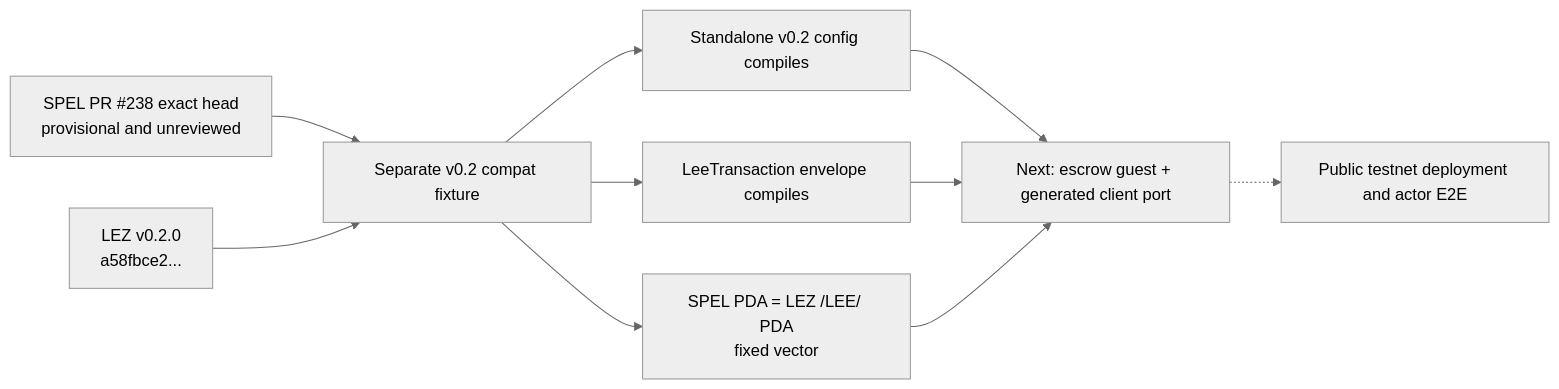
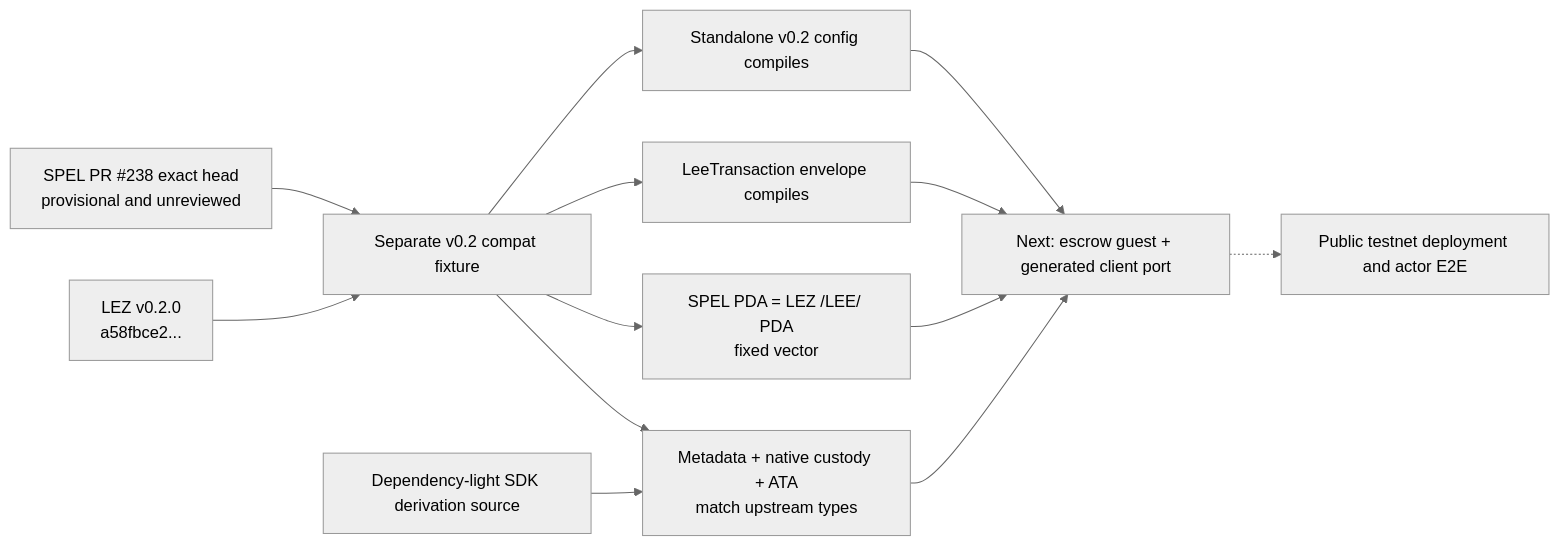
Before and after one commit to gateway-fm/lez-atomic-swaps: the diagram in compat/lez-v0.2-provisional/README.md, drawn with Mermaid (neutral theme). The commit also changed other lines of this file and 20 other files, not shown here.

````diff
--- a/compat/lez-v0.2-provisional/README.md
+++ b/compat/lez-v0.2-provisional/README.md
@@ -18,12 +18,15 @@
 ```mermaid
 flowchart LR
     PR["SPEL PR #238 exact head<br/>provisional and unreviewed"] --> Fixture["Separate v0.2 compat fixture"]
     LEZ["LEZ v0.2.0<br/>a58fbce2..."] --> Fixture
     Fixture --> Config["Standalone v0.2 config compiles"]
     Fixture --> Tx["LeeTransaction envelope compiles"]
     Fixture --> PDA["SPEL PDA = LEZ /LEE/ PDA<br/>fixed vector"]
+    SDK["Dependency-light SDK derivation source"] --> Cross["Metadata + native custody + ATA<br/>match upstream types"]
+    Fixture --> Cross
     Config --> Next["Next: escrow guest + generated client port"]
     Tx --> Next
     PDA --> Next
+    Cross --> Next
     Next -.-> Testnet["Public testnet deployment and actor E2E"]
 ```
````
